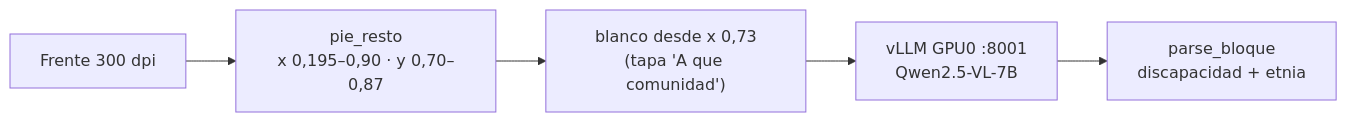
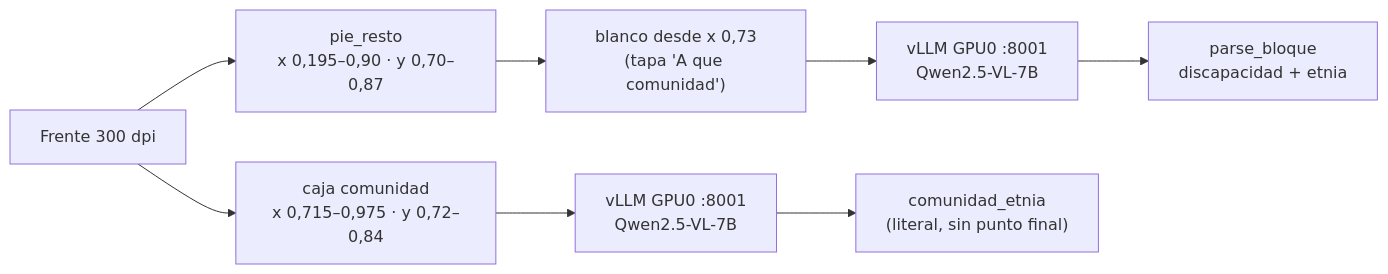
One commit to shell931/ov-ia-caso-1-e3-ocr-forms changed the diagram in backup/lote2-e3v2-servidor/LEEME.md. Above: the diagram before and after it, drawn with Mermaid. The commit also changed other lines of this file and 2 other files, not shown here.

Commit message:
lote2: documentar campo comunidad_etnia (95.3%) y corrida 92.1%

````diff
--- a/backup/lote2-e3v2-servidor/LEEME.md
+++ b/backup/lote2-e3v2-servidor/LEEME.md
@@ -8,7 +12,10 @@
 ```mermaid
 flowchart LR
     IMG["Frente 300 dpi"] --> CROP["pie_resto\nx 0,195–0,90 · y 0,70–0,87"]
     CROP --> WHITE["blanco desde x 0,73\n(tapa 'A que comunidad')"]
     WHITE --> VL["vLLM GPU0 :8001\nQwen2.5-VL-7B"]
     VL --> PARSE["parse_bloque\ndiscapacidad + etnia"]
+    IMG --> CCROP["caja comunidad\nx 0,715–0,975 · y 0,72–0,84"]
+    CCROP --> VL2["vLLM GPU0 :8001\nQwen2.5-VL-7B"]
+    VL2 --> COM["comunidad_etnia\n(literal, sin punto final)"]
 ```
````
